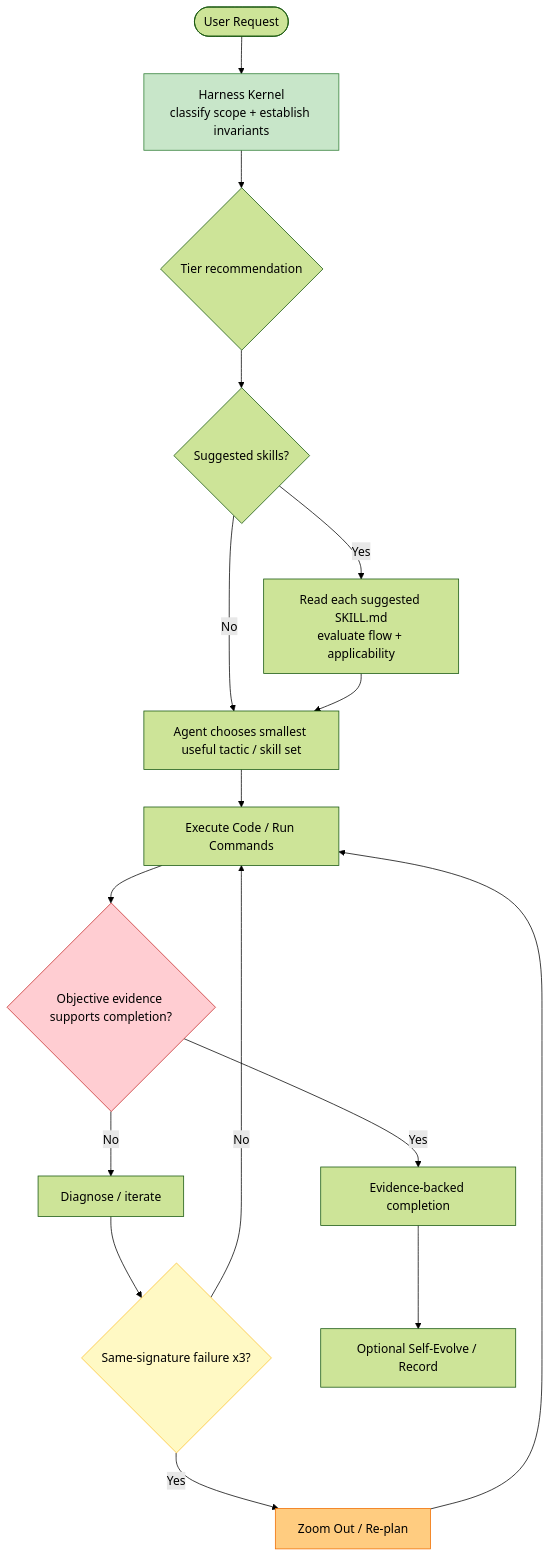
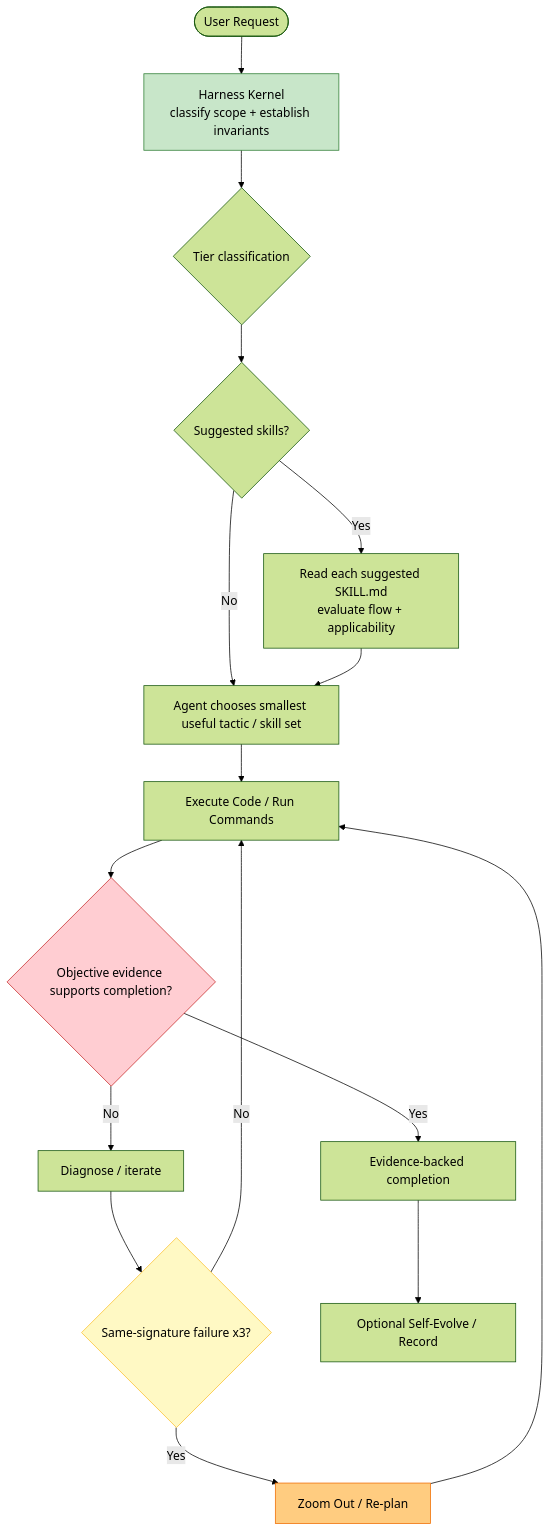
The second of 2 diagrams in README.md (dyphn1/Harness-everything), drawn with Mermaid (forest theme) before and after one commit. The commit also changed other lines of this file and 14 other files, not shown here.

````diff
--- a/README.md
+++ b/README.md
@@ -120,22 +120,22 @@
 ```mermaid
 flowchart TD
     U([User Request]) --> K[Harness Kernel<br/>classify scope + establish invariants]
-    K --> T{Tier recommendation}
+    K --> T{Tier classification}
     T --> S{Suggested skills?}
     S -->|Yes| R[Read each suggested SKILL.md<br/>evaluate flow + applicability]
     S -->|No| A[Agent chooses smallest useful tactic / skill set]
     R --> A
     A --> Exec[Execute Code / Run Commands]
     Exec --> Gate{Objective evidence supports completion?}
     Gate -->|No| Retry[Diagnose / iterate]
     Retry --> CB{Same-signature failure x3?}
     CB -->|No| Exec
     CB -->|Yes| ZO[Zoom Out / Re-plan]
     ZO --> Exec
     Gate -->|Yes| Done[Evidence-backed completion]
     Done --> SE[Optional Self-Evolve / Record]
     style K fill:#c8e6c9,stroke:#2e7d32,stroke-width:1px,color:#000000
     style CB fill:#fff9c4,stroke:#fbc02d,stroke-width:1px,color:#000000
     style ZO fill:#ffcc80,stroke:#ef6c00,stroke-width:1px,color:#000000
     style Gate fill:#ffcdd2,stroke:#c62828,stroke-width:1px,color:#000000
 ```
````
